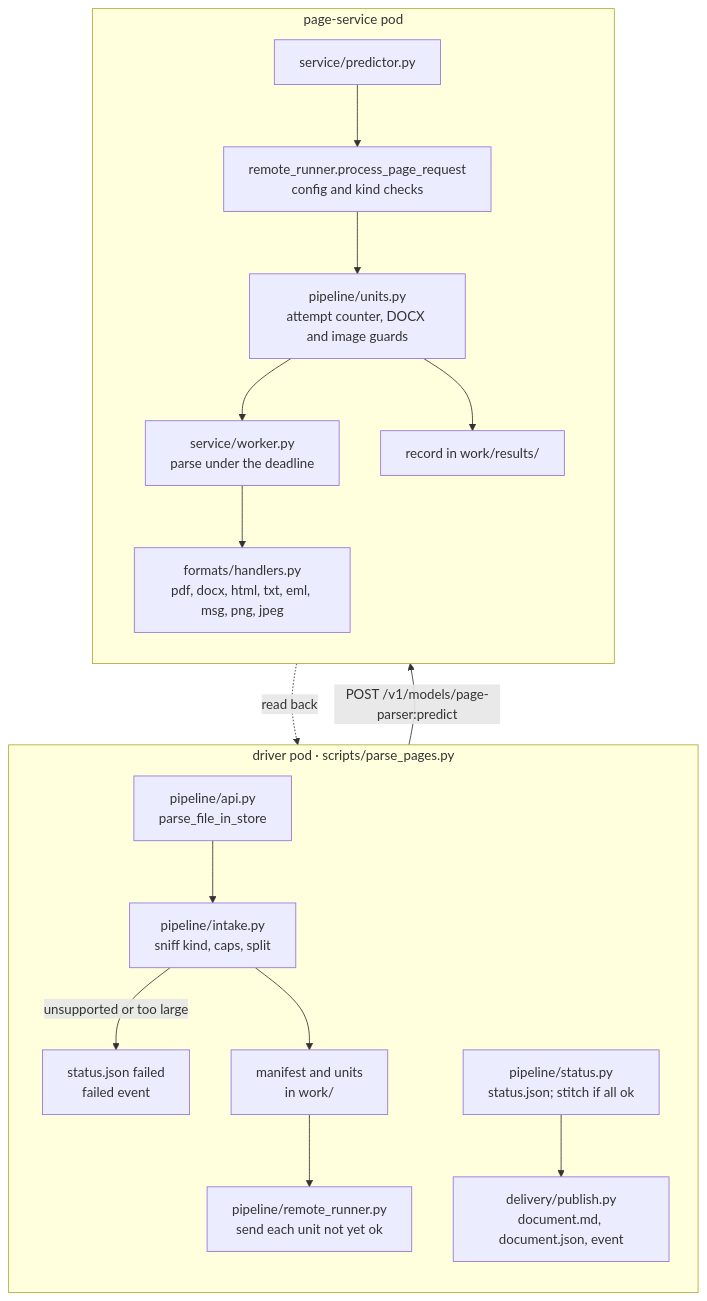
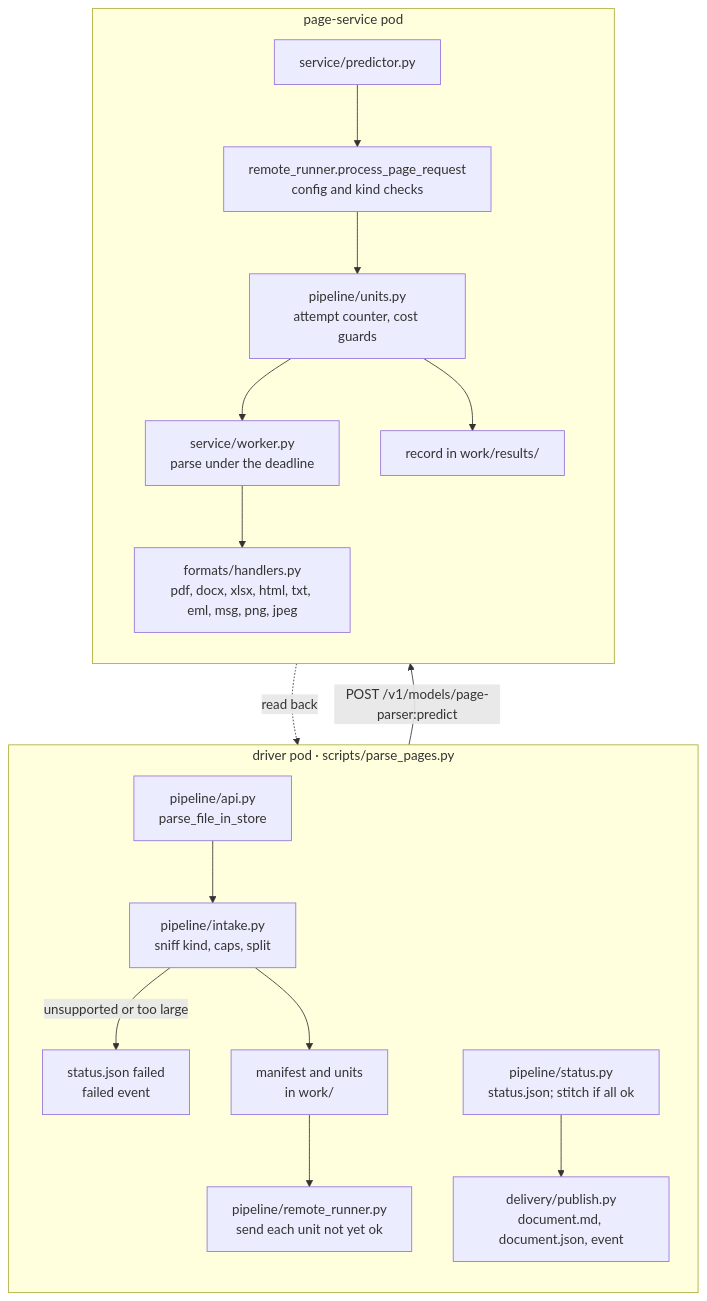
Before and after one commit to anguyenbus/doc-parser: the second of 3 diagrams in docs/architecture.md, drawn with Mermaid. The commit also changed other lines of this file and 22 other files, not shown here.

First line of the commit message:
Accept XLSX in the page pipeline

````diff
--- a/docs/architecture.md
+++ b/docs/architecture.md
@@ -66,21 +66,21 @@
 ```mermaid
 flowchart TB
     subgraph DRV["driver pod · scripts/parse_pages.py"]
         direction TB
         A["pipeline/api.py<br/>parse_file_in_store"] --> I["pipeline/intake.py<br/>sniff kind, caps, split"]
         I -- "unsupported or too large" --> X["status.json failed<br/>failed event"]
         I --> M["manifest and units<br/>in work/"]
         M --> R["pipeline/remote_runner.py<br/>send each unit not yet ok"]
         S["pipeline/status.py<br/>status.json; stitch if all ok"] --> P["delivery/publish.py<br/>document.md, document.json, event"]
     end
     subgraph SVC["page-service pod"]
         direction TB
         PR["service/predictor.py"] --> PPR["remote_runner.process_page_request<br/>config and kind checks"]
-        PPR --> U["pipeline/units.py<br/>attempt counter, DOCX and image guards"]
+        PPR --> U["pipeline/units.py<br/>attempt counter, cost guards"]
         U --> W["service/worker.py<br/>parse under the deadline"]
-        W --> H["formats/handlers.py<br/>pdf, docx, html, txt, eml, msg, png, jpeg"]
+        W --> H["formats/handlers.py<br/>pdf, docx, xlsx, html, txt, eml, msg, png, jpeg"]
         U --> REC["record in work/results/"]
     end
     R -- "POST /v1/models/page-parser:predict" --> PR
     REC -. "read back" .-> S
 ```
````
